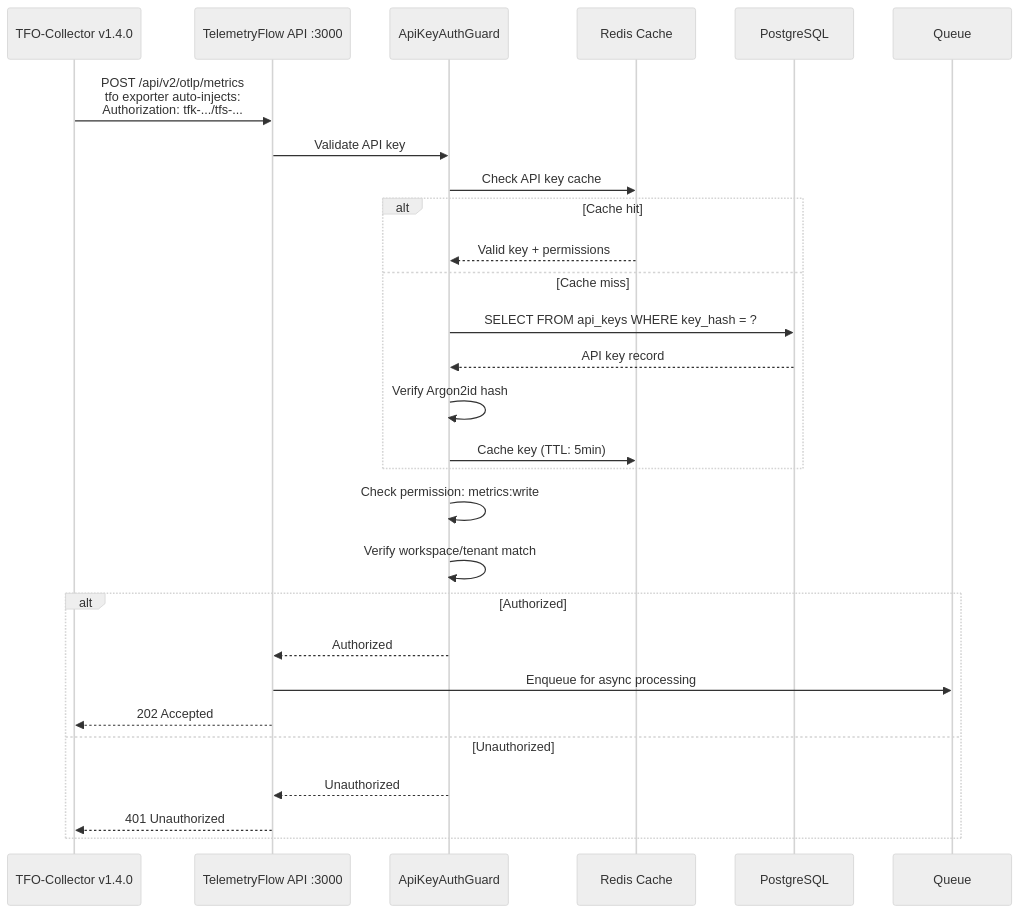
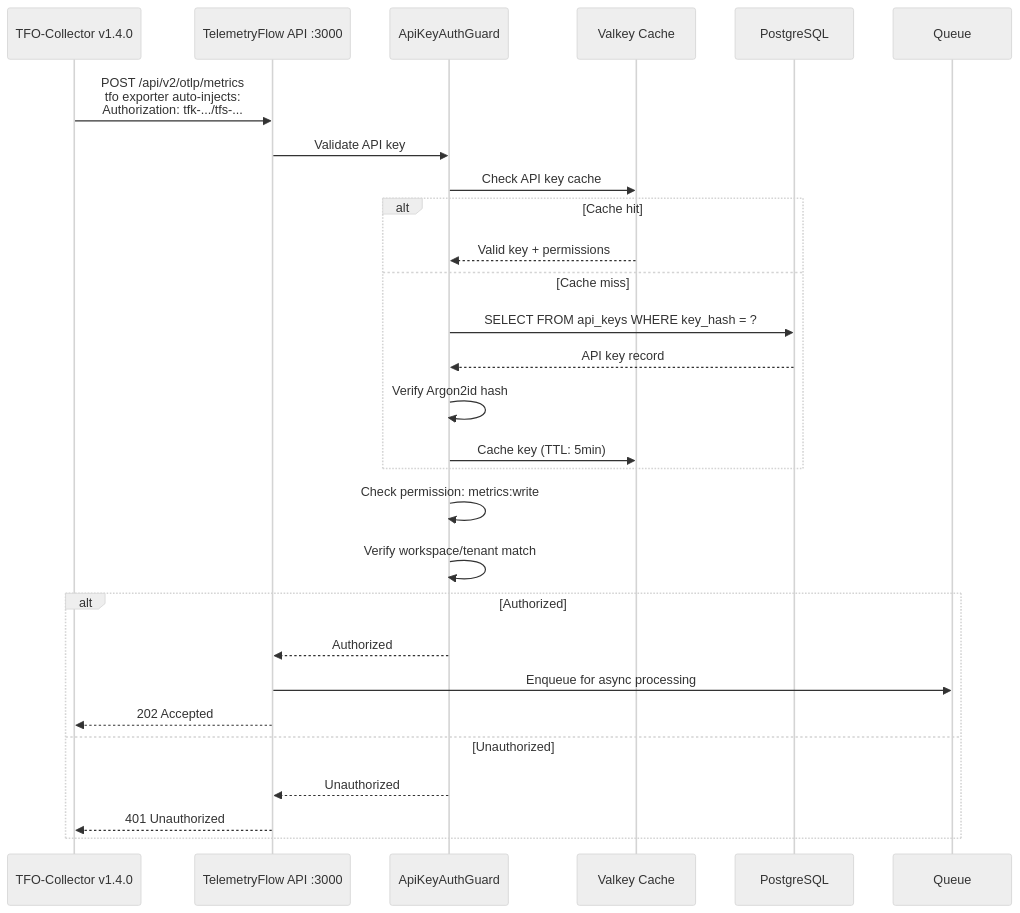
One commit to telemetryflow/telemetryflow-overview changed the fourth of 4 diagrams in tfo-otel/INGESTION-FLOW.md. Above: the diagram before and after it, drawn with Mermaid (neutral theme). The commit also changed other lines of this file and 23 other files, not shown here.

First line of the commit message:
docs: relabel Redis->Valkey in architecture/diagrams/prose (follow-up sweep)

````diff
--- a/tfo-otel/INGESTION-FLOW.md
+++ b/tfo-otel/INGESTION-FLOW.md
@@ -433,34 +433,34 @@
 ```mermaid
 sequenceDiagram
     participant Collector as TFO-Collector v1.4.0
     participant API as TelemetryFlow API :3000
     participant Guard as ApiKeyAuthGuard
-    participant Cache as Redis Cache
+    participant Cache as Valkey Cache
     participant DB as PostgreSQL
 
     Collector->>API: POST /api/v2/otlp/metrics<br/>tfo exporter auto-injects:<br/>Authorization: tfk-.../tfs-...
 
     API->>Guard: Validate API key
 
     Guard->>Cache: Check API key cache
     alt Cache hit
         Cache-->>Guard: Valid key + permissions
     else Cache miss
         Guard->>DB: SELECT FROM api_keys WHERE key_hash = ?
         DB-->>Guard: API key record
         Guard->>Guard: Verify Argon2id hash
         Guard->>Cache: Cache key (TTL: 5min)
     end
 
     Guard->>Guard: Check permission: metrics:write
     Guard->>Guard: Verify workspace/tenant match
 
     alt Authorized
         Guard-->>API: Authorized
         API->>Queue: Enqueue for async processing
         API-->>Collector: 202 Accepted
     else Unauthorized
         Guard-->>API: Unauthorized
         API-->>Collector: 401 Unauthorized
     end
 ```
````
